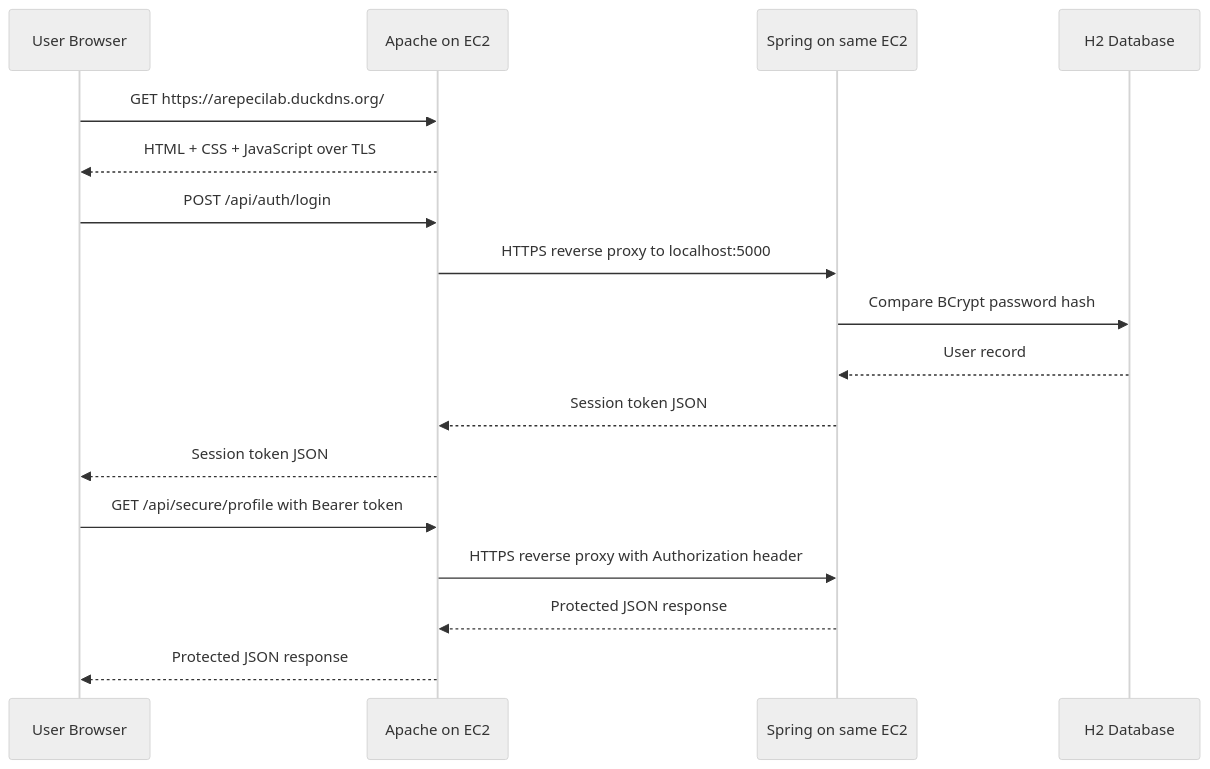
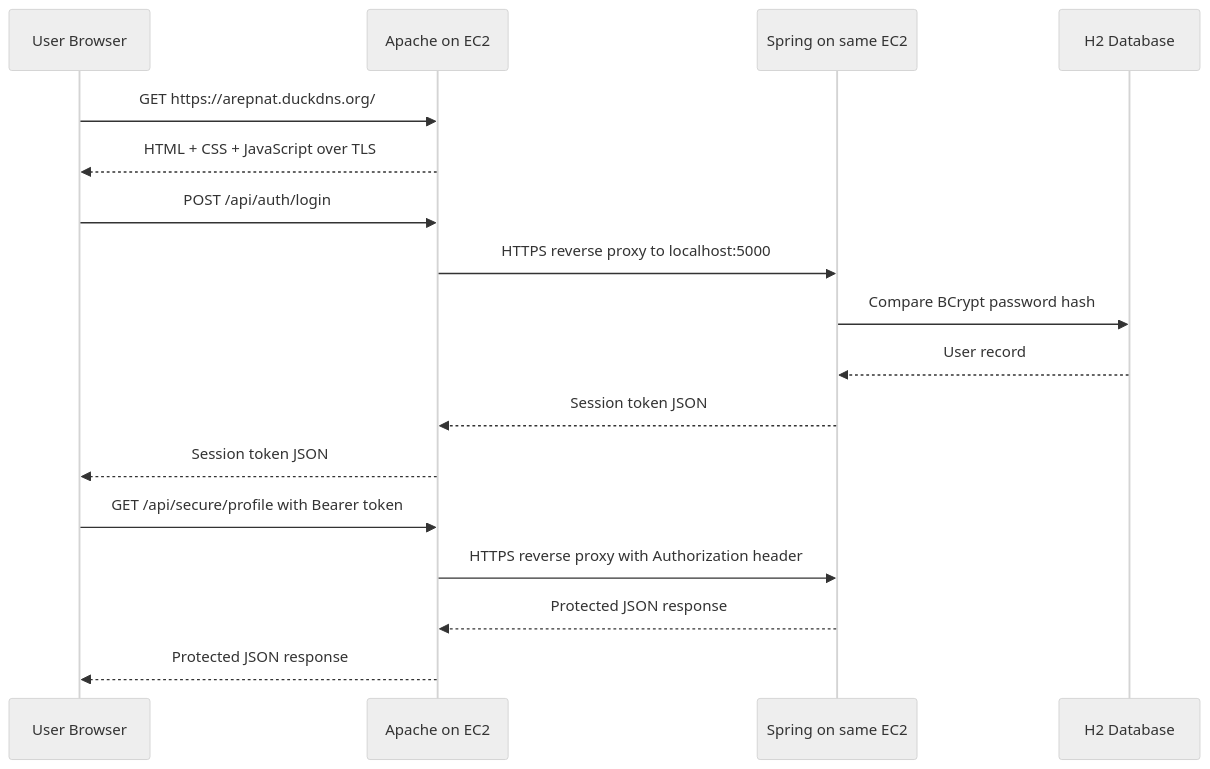
Before and after one commit to Natalia-Espitia/secureapp: the diagram in docs/architecture.md, drawn with Mermaid (neutral theme). The commit also changed other lines of this file and 6 other files, not shown here.

````diff
--- a/docs/architecture.md
+++ b/docs/architecture.md
@@ -35,20 +35,20 @@
 ```mermaid
 sequenceDiagram
     participant U as User Browser
     participant A as Apache on EC2
     participant S as Spring on same EC2
     participant D as H2 Database
 
-    U->>A: GET https://arepecilab.duckdns.org/
+    U->>A: GET https://arepnat.duckdns.org/
     A-->>U: HTML + CSS + JavaScript over TLS
     U->>A: POST /api/auth/login
     A->>S: HTTPS reverse proxy to localhost:5000
     S->>D: Compare BCrypt password hash
     D-->>S: User record
     S-->>A: Session token JSON
     A-->>U: Session token JSON
     U->>A: GET /api/secure/profile with Bearer token
     A->>S: HTTPS reverse proxy with Authorization header
     S-->>A: Protected JSON response
     A-->>U: Protected JSON response
 ```
````
